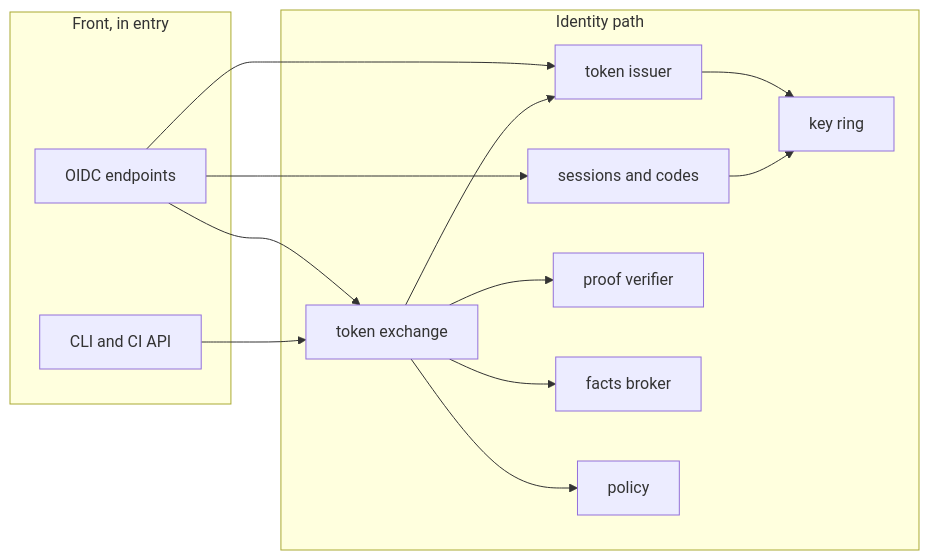
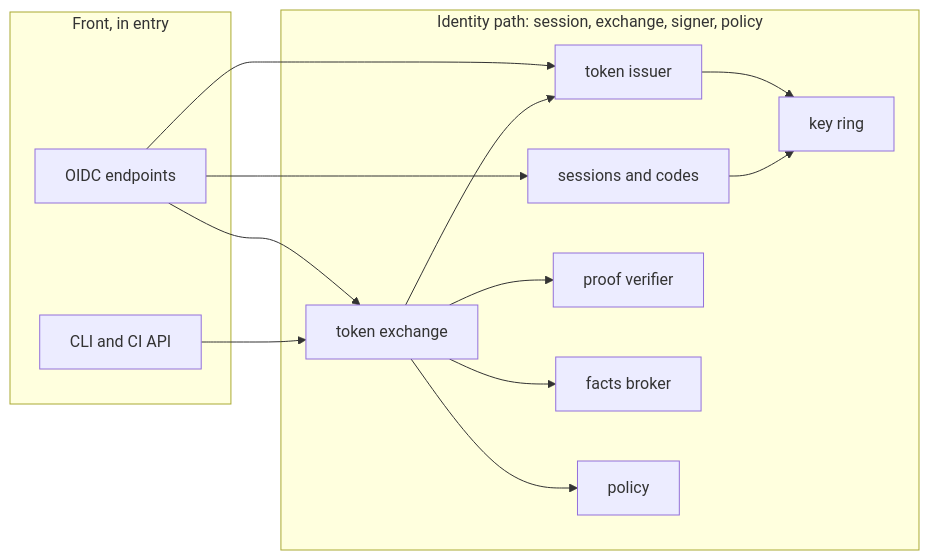
Before and after one commit to truvity/sluis: the third of 7 diagrams in docs/architecture/components.md, drawn with Mermaid. The commit also changed other lines of this file and 33 other files, not shown here.

````diff
--- a/docs/architecture/components.md
+++ b/docs/architecture/components.md
@@ -175,28 +182,28 @@
 ```mermaid
 flowchart LR
   subgraph FRONT["Front, in entry"]
     oidc["OIDC endpoints"]
     cli["CLI and CI API"]
   end
 
-  subgraph CORE["Identity path"]
+  subgraph CORE["Identity path: session, exchange, signer, policy"]
     sess["sessions and codes"]
     xchg["token exchange"]
     issuer["token issuer"]
     ring["key ring"]
     proof["proof verifier"]
     facts["facts broker"]
     pol["policy"]
   end
 
   oidc --> sess
   oidc --> xchg
   oidc --> issuer
   cli --> xchg
   xchg --> proof
   xchg --> facts
   xchg --> pol
   xchg --> issuer
   issuer --> ring
   sess --> ring
 ```
````
